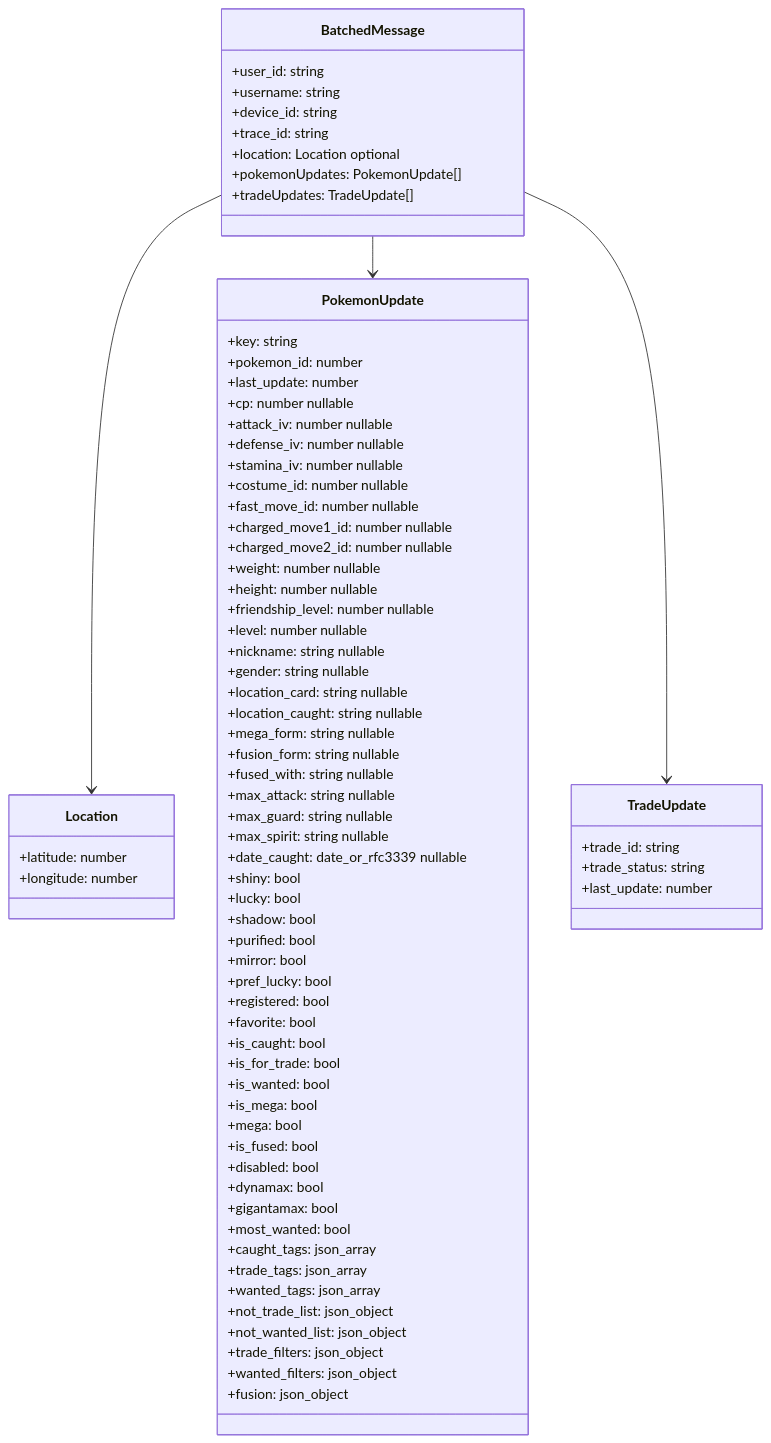
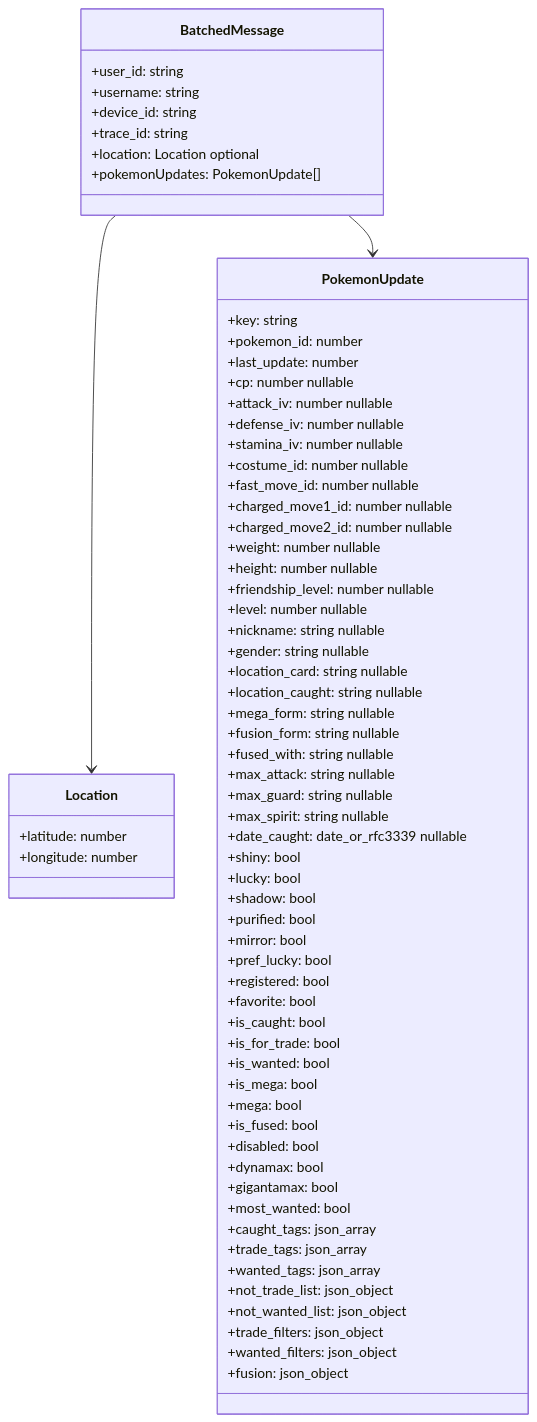
One commit to AdamWentworth/Go changed the fifth of 6 diagrams in storage/README.md. Above: the diagram before and after it, drawn with Mermaid. The commit also changed other lines of this file and 18 other files, not shown here.

````diff
--- a/storage/README.md
+++ b/storage/README.md
@@ -127,82 +125,74 @@
 ```mermaid
 classDiagram
   class BatchedMessage {
     +user_id: string
     +username: string
     +device_id: string
     +trace_id: string
     +location: Location optional
     +pokemonUpdates: PokemonUpdate[]
-    +tradeUpdates: TradeUpdate[]
   }
 
   class Location {
     +latitude: number
     +longitude: number
   }
 
   class PokemonUpdate {
     +key: string
     +pokemon_id: number
     +last_update: number
     +cp: number nullable
     +attack_iv: number nullable
     +defense_iv: number nullable
     +stamina_iv: number nullable
     +costume_id: number nullable
     +fast_move_id: number nullable
     +charged_move1_id: number nullable
     +charged_move2_id: number nullable
     +weight: number nullable
     +height: number nullable
     +friendship_level: number nullable
     +level: number nullable
     +nickname: string nullable
     +gender: string nullable
     +location_card: string nullable
     +location_caught: string nullable
     +mega_form: string nullable
     +fusion_form: string nullable
     +fused_with: string nullable
     +max_attack: string nullable
     +max_guard: string nullable
     +max_spirit: string nullable
     +date_caught: date_or_rfc3339 nullable
     +shiny: bool
     +lucky: bool
     +shadow: bool
     +purified: bool
     +mirror: bool
     +pref_lucky: bool
     +registered: bool
     +favorite: bool
     +is_caught: bool
     +is_for_trade: bool
     +is_wanted: bool
     +is_mega: bool
     +mega: bool
     +is_fused: bool
     +disabled: bool
     +dynamax: bool
     +gigantamax: bool
     +most_wanted: bool
     +caught_tags: json_array
     +trade_tags: json_array
     +wanted_tags: json_array
     +not_trade_list: json_object
     +not_wanted_list: json_object
     +trade_filters: json_object
     +wanted_filters: json_object
     +fusion: json_object
   }
 
-  class TradeUpdate {
-    +trade_id: string
-    +trade_status: string
-    +last_update: number
-  }
-
   BatchedMessage --> Location
   BatchedMessage --> PokemonUpdate
-  BatchedMessage --> TradeUpdate
 ```
````
